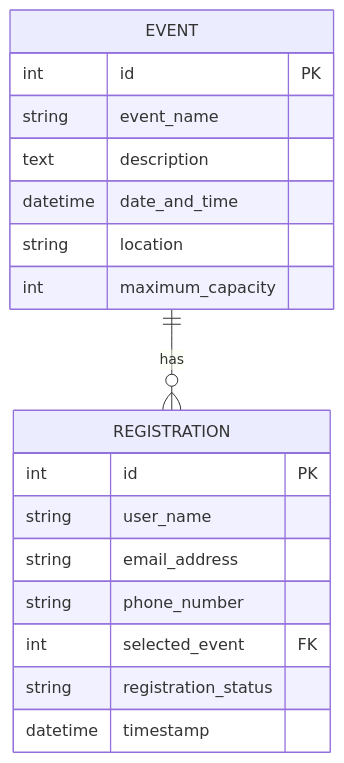
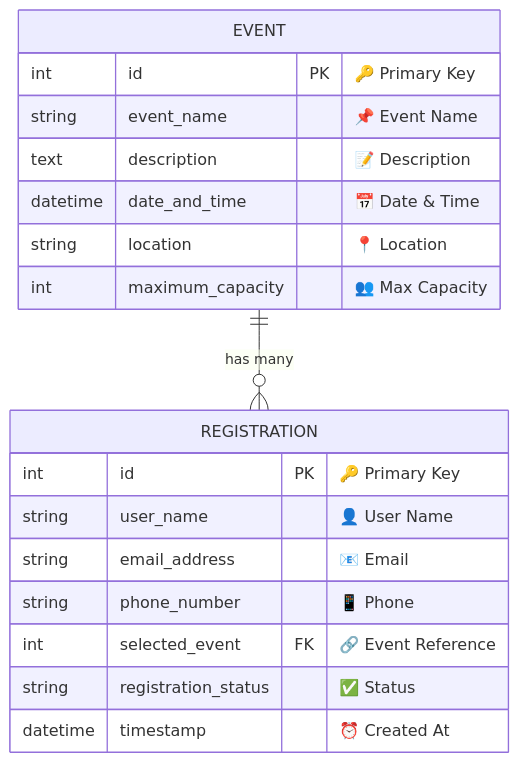
One commit to koushik4475/EVENT-REGISTRATION-DJANGO- changed the second of 2 diagrams in README.md. Above: the diagram before and after it, drawn with Mermaid. The commit also changed other lines of this file, not shown here.

````diff
--- a/README.md
+++ b/README.md
@@ -331,21 +485,23 @@
 ```mermaid
 erDiagram
-    EVENT ||--o{ REGISTRATION : has
+    EVENT ||--o{ REGISTRATION : "has many"
+    
     EVENT {
-        int id PK
-        string event_name
-        text description
-        datetime date_and_time
-        string location
-        int maximum_capacity
+        int id PK "🔑 Primary Key"
+        string event_name "📌 Event Name"
+        text description "📝 Description"
+        datetime date_and_time "📅 Date & Time"
+        string location "📍 Location"
+        int maximum_capacity "👥 Max Capacity"
     }
+    
     REGISTRATION {
-        int id PK
-        string user_name
-        string email_address
-        string phone_number
-        int selected_event FK
-        string registration_status
-        datetime timestamp
+        int id PK "🔑 Primary Key"
+        string user_name "👤 User Name"
+        string email_address "📧 Email"
+        string phone_number "📱 Phone"
+        int selected_event FK "🔗 Event Reference"
+        string registration_status "✅ Status"
+        datetime timestamp "⏰ Created At"
     }
 ```
````
